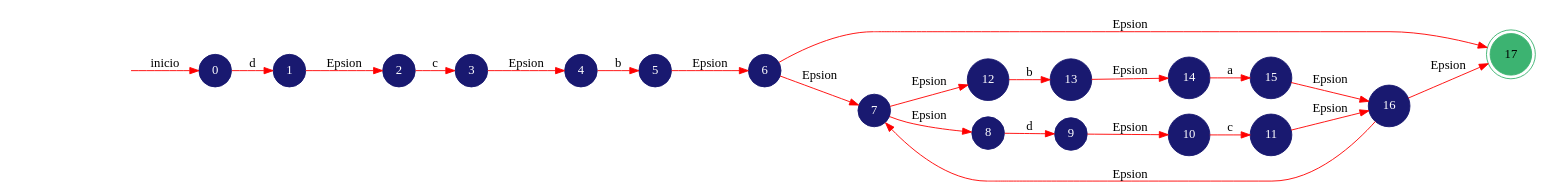
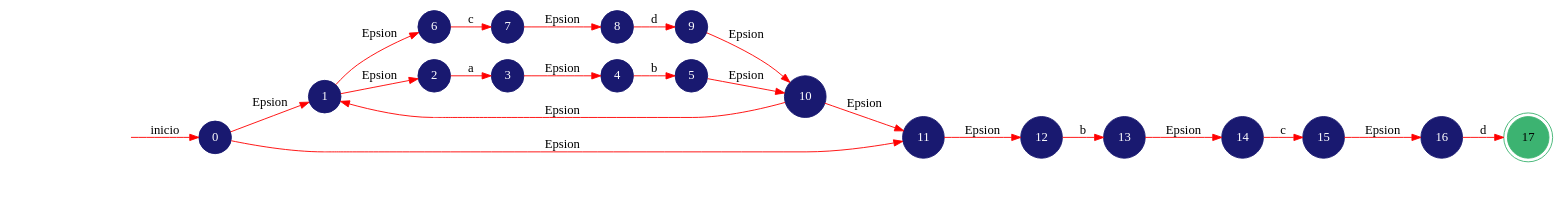
One commit to AhiezerRamirez/Compi1Proyecto1 changed the diagram in Compi1Proyecto1/automata1.dot. Above: the diagram before and after it, drawn with Graphviz. The commit also changed 9 other files, not shown here.

```diff
--- a/Compi1Proyecto1/automata1.dot
+++ b/Compi1Proyecto1/automata1.dot
@@ -1,29 +1,29 @@
 digraph automata_finito {
 	rankdir=LR;
 	node [shape=doublecircle, style = filled,color = mediumseagreen]; "17";
 	node [shape=circle];
 	node [color=midnightblue,fontcolor=white];
 	edge [color=red];
 	secret_node [style=invis];
 	secret_node -> "0" [label="inicio"];
-	"0" -> "1" [label="d"];
+	"0" -> "1" [label="Epsion"];
+	"0" -> "11" [label="Epsion"];
+	"1" -> "6" [label="Epsion"];
 	"1" -> "2" [label="Epsion"];
-	"2" -> "3" [label="c"];
+	"2" -> "3" [label="a"];
 	"3" -> "4" [label="Epsion"];
 	"4" -> "5" [label="b"];
-	"5" -> "6" [label="Epsion"];
-	"6" -> "7" [label="Epsion"];
-	"6" -> "17" [label="Epsion"];
-	"7" -> "12" [label="Epsion"];
+	"5" -> "10" [label="Epsion"];
+	"6" -> "7" [label="c"];
 	"7" -> "8" [label="Epsion"];
 	"8" -> "9" [label="d"];
 	"9" -> "10" [label="Epsion"];
-	"10" -> "11" [label="c"];
-	"11" -> "16" [label="Epsion"];
+	"10" -> "1" [label="Epsion"];
+	"10" -> "11" [label="Epsion"];
+	"11" -> "12" [label="Epsion"];
 	"12" -> "13" [label="b"];
 	"13" -> "14" [label="Epsion"];
-	"14" -> "15" [label="a"];
+	"14" -> "15" [label="c"];
 	"15" -> "16" [label="Epsion"];
-	"16" -> "7" [label="Epsion"];
-	"16" -> "17" [label="Epsion"];
+	"16" -> "17" [label="d"];
 }
```
